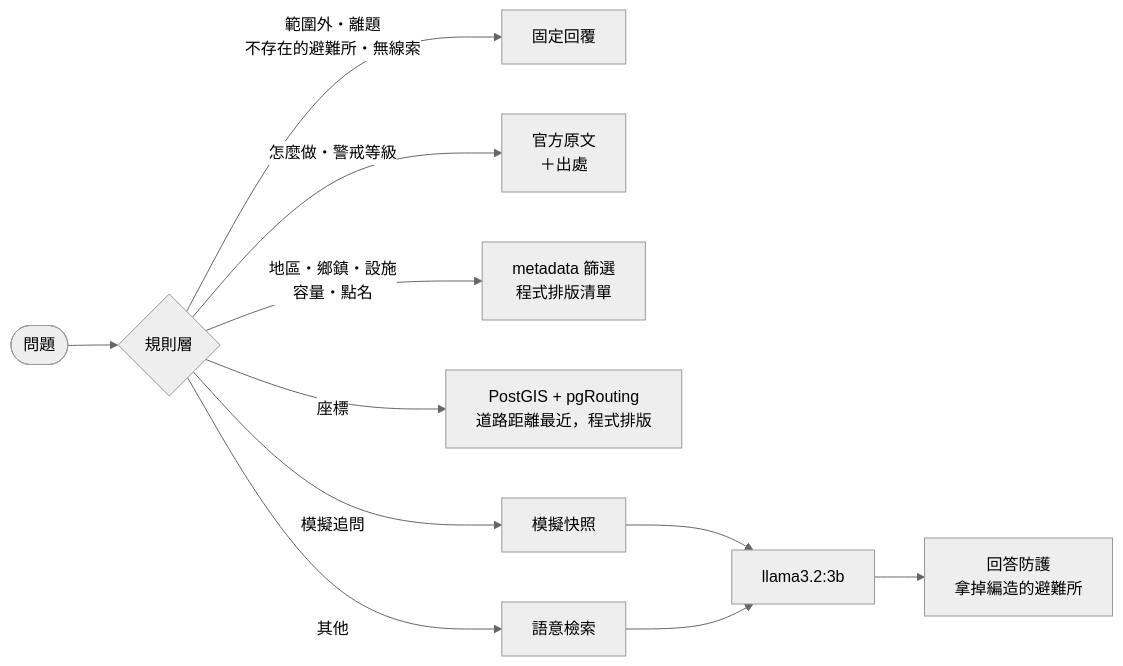
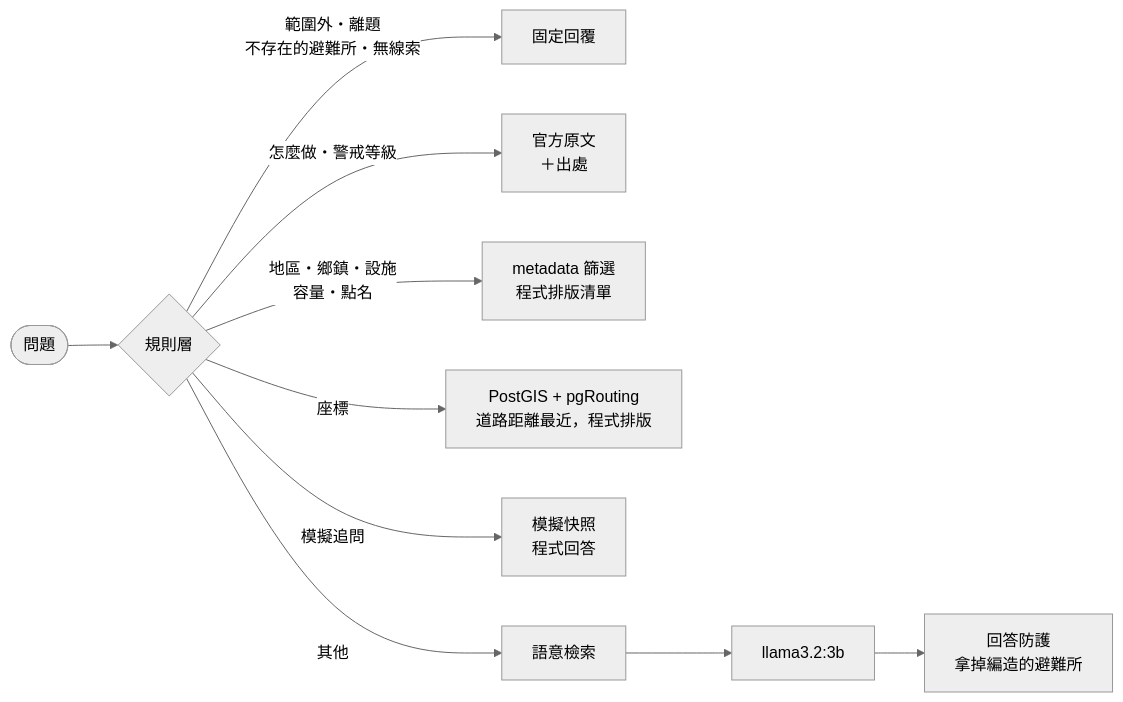
Before and after one commit to sleepomen/DisasterHub: the second of 2 diagrams in README.md, drawn with Mermaid (neutral theme). The commit also changed other lines of this file and 9 other files, not shown here.

````diff
--- a/README.md
+++ b/README.md
@@ -184,13 +185,12 @@
 ```mermaid
 flowchart LR
     Q([問題]) --> R{規則層}
     R -- "範圍外・離題<br/>不存在的避難所・無線索" --> F[固定回覆]
     R -- "怎麼做・警戒等級" --> K[官方原文<br/>＋出處]
     R -- "地區・鄉鎮・設施<br/>容量・點名" --> D[metadata 篩選<br/>程式排版清單]
     R -- "座標" --> N[PostGIS + pgRouting<br/>道路距離最近，程式排版]
-    R -- "模擬追問" --> S[模擬快照]
+    R -- "模擬追問" --> S[模擬快照<br/>程式回答]
     R -- "其他" --> V[語意檢索]
-    S --> L[llama3.2:3b]
-    V --> L
+    V --> L[llama3.2:3b]
     L --> G[回答防護<br/>拿掉編造的避難所]
 ```
````
